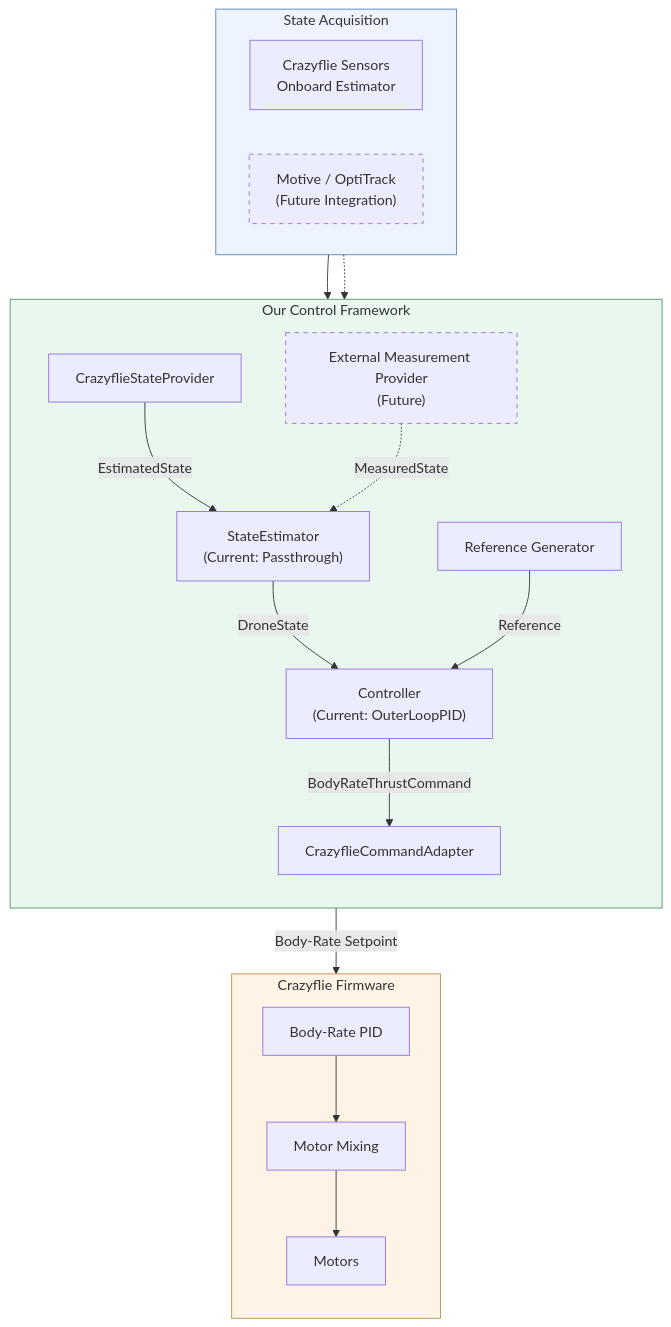
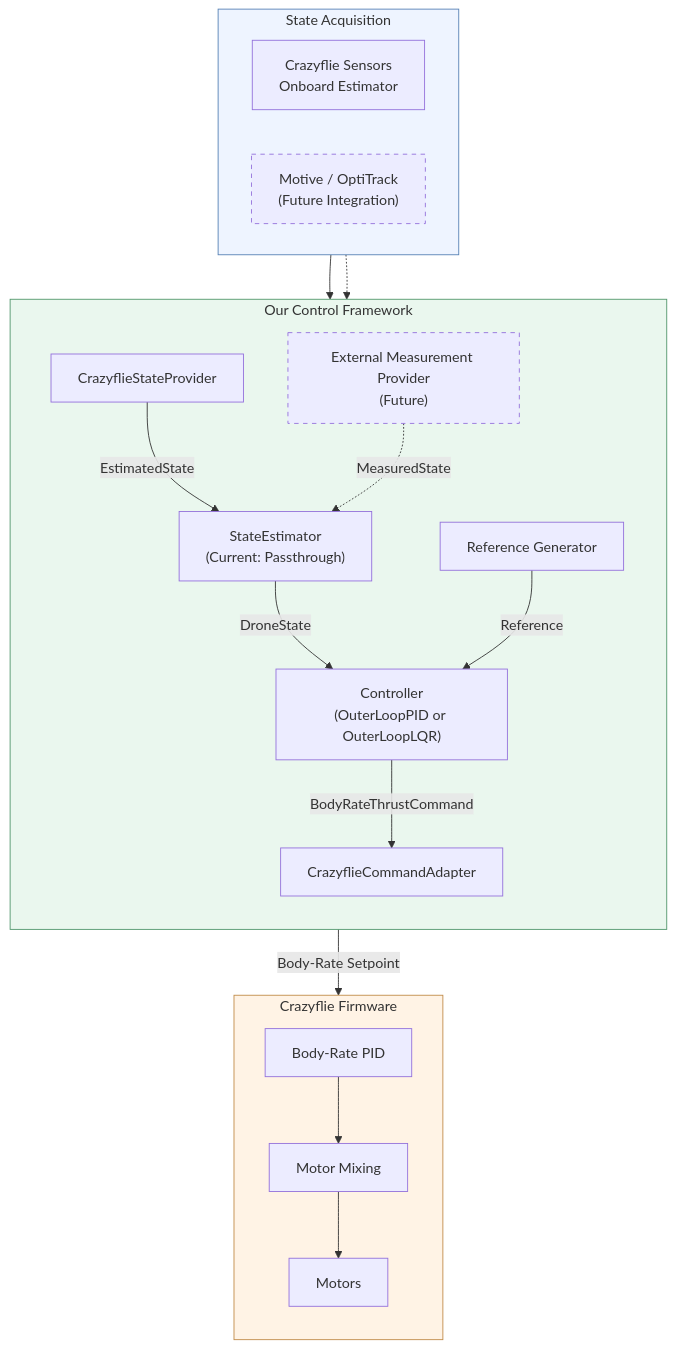
One commit to Kl51Chris/drone-control-framework changed the diagram in doc/architecture.md. Above: the diagram before and after it, drawn with Mermaid. The commit also changed other lines of this file and 6 other files, not shown here.

Commit message:
feat: integrate modular LQR controller with production flight framework

````diff
--- a/doc/architecture.md
+++ b/doc/architecture.md
@@ -16,50 +16,50 @@
 ```mermaid
 flowchart TD
 
     subgraph SENSORS["State Acquisition"]
         direction LR
         IMU["Crazyflie Sensors<br/>Onboard Estimator"]
         MOTIVE["Motive / OptiTrack<br/>(Future Integration)"]
     end
 
     subgraph FRAMEWORK["Our Control Framework"]
         direction TB
 
         SP["CrazyflieStateProvider"]
         ME["External Measurement Provider<br/>(Future)"]
         SE["StateEstimator<br/>(Current: Passthrough)"]
 
         RG["Reference Generator"]
-        CTRL["Controller<br/>(Current: OuterLoopPID)"]
+        CTRL["Controller<br/>(OuterLoopPID or OuterLoopLQR)"]
         CA["CrazyflieCommandAdapter"]
     end
 
     subgraph FIRMWARE["Crazyflie Firmware"]
         direction TB
         RATE["Body-Rate PID"]
         MIX["Motor Mixing"]
         MOTORS["Motors"]
     end
 
     IMU --> SP
     MOTIVE -.-> ME
 
     SP -->|"EstimatedState"| SE
     ME -.->|"MeasuredState"| SE
 
     SE -->|"DroneState"| CTRL
     RG -->|"Reference"| CTRL
 
     CTRL -->|"BodyRateThrustCommand"| CA
 
     CA -->|"Body-Rate Setpoint"| RATE
     RATE --> MIX
     MIX --> MOTORS
 
     style SENSORS fill:#eef4ff,stroke:#5681b5
     style FRAMEWORK fill:#eaf7ee,stroke:#50966a
     style FIRMWARE fill:#fff3e5,stroke:#c18b48
 
     style MOTIVE stroke-dasharray:5 5
     style ME stroke-dasharray:5 5
 ```
````
